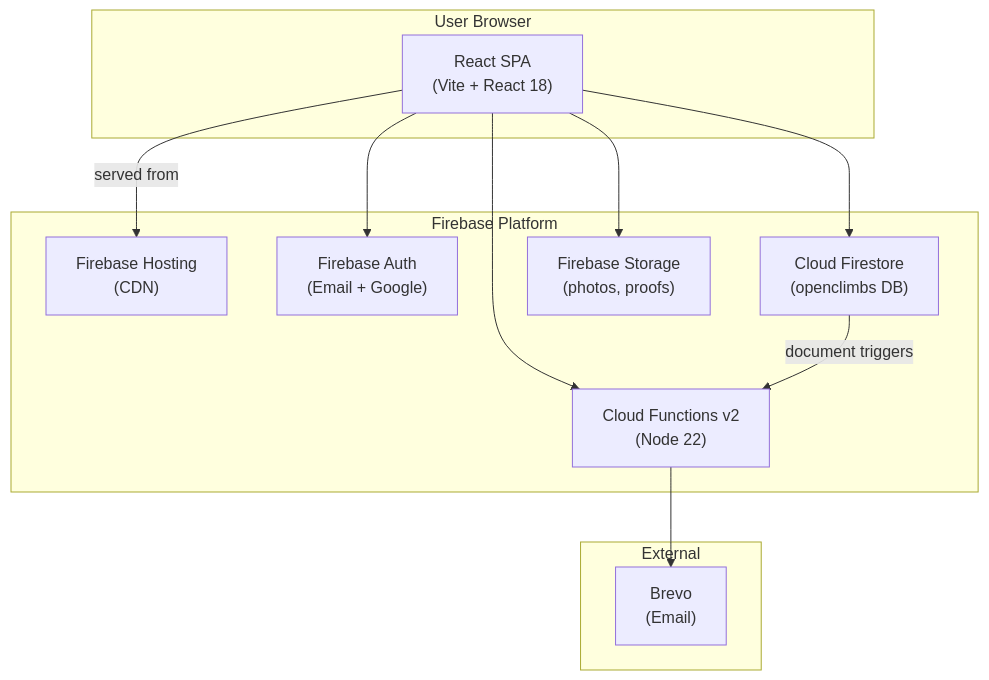
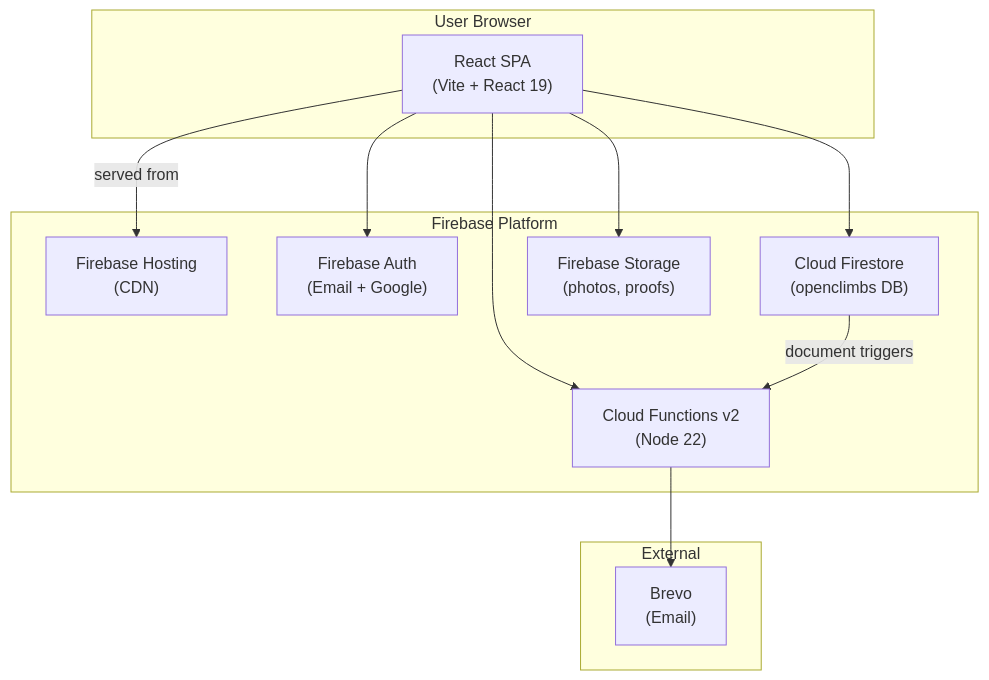
One commit to Oweeboi011/mms-open-climbs changed the first of 2 diagrams in README.md. Above: the diagram before and after it, drawn with Mermaid. The commit also changed other lines of this file and 38 other files, not shown here.

````diff
--- a/README.md
+++ b/README.md
@@ -9,26 +9,26 @@
 ```mermaid
 graph TB
     subgraph Browser["User Browser"]
-        SPA["React SPA\n(Vite + React 18)"]
+        SPA["React SPA\n(Vite + React 19)"]
     end
 
     subgraph Firebase["Firebase Platform"]
         FH["Firebase Hosting\n(CDN)"]
         FA["Firebase Auth\n(Email + Google)"]
         FS["Cloud Firestore\n(openclimbs DB)"]
         ST["Firebase Storage\n(photos, proofs)"]
         CF["Cloud Functions v2\n(Node 22)"]
     end
 
     subgraph External["External"]
         BV["Brevo\n(Email)"]
     end
 
     SPA -->|served from| FH
     SPA --> FA
     SPA --> FS
     SPA --> ST
     SPA --> CF
     FS -->|document triggers| CF
     CF --> BV
 ```
````
